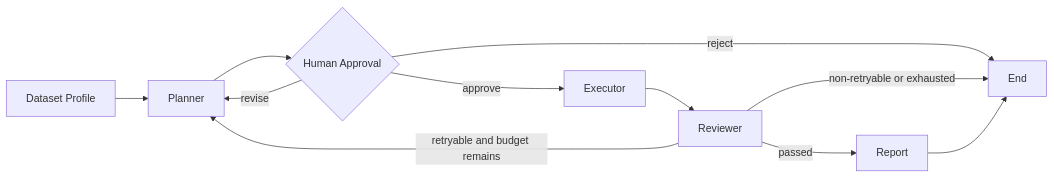
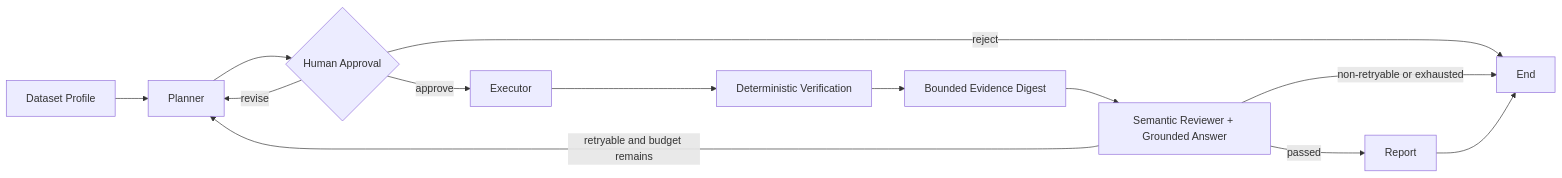
The diagram in docs/architecture.md (tykhed666-lab/DataPilot), drawn with Mermaid before and after one commit. The commit also changed other lines of this file and 23 other files, not shown here.

Commit message:
fix: ground semantic review in real evidence

````diff
--- a/docs/architecture.md
+++ b/docs/architecture.md
@@ -5,13 +5,15 @@
 ```mermaid
 flowchart LR
     A[Dataset Profile] --> B[Planner]
     B --> C{Human Approval}
     C -->|approve| D[Executor]
     C -->|revise| B
     C -->|reject| H[End]
-    D --> E[Reviewer]
+    D --> V[Deterministic Verification]
+    V --> G[Bounded Evidence Digest]
+    G --> E[Semantic Reviewer + Grounded Answer]
     E -->|passed| F[Report]
     E -->|retryable and budget remains| B
     E -->|non-retryable or exhausted| H
     F --> H
 ```
````
